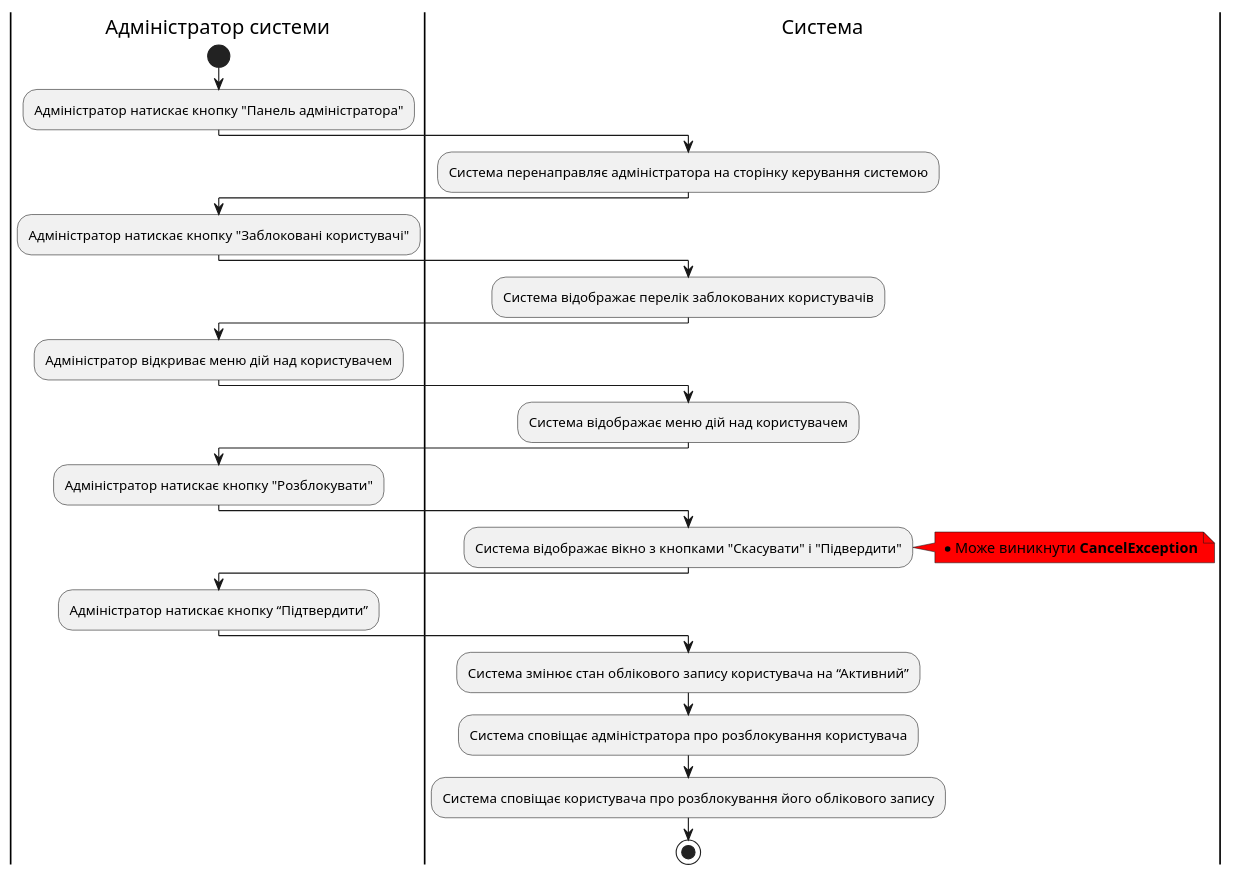
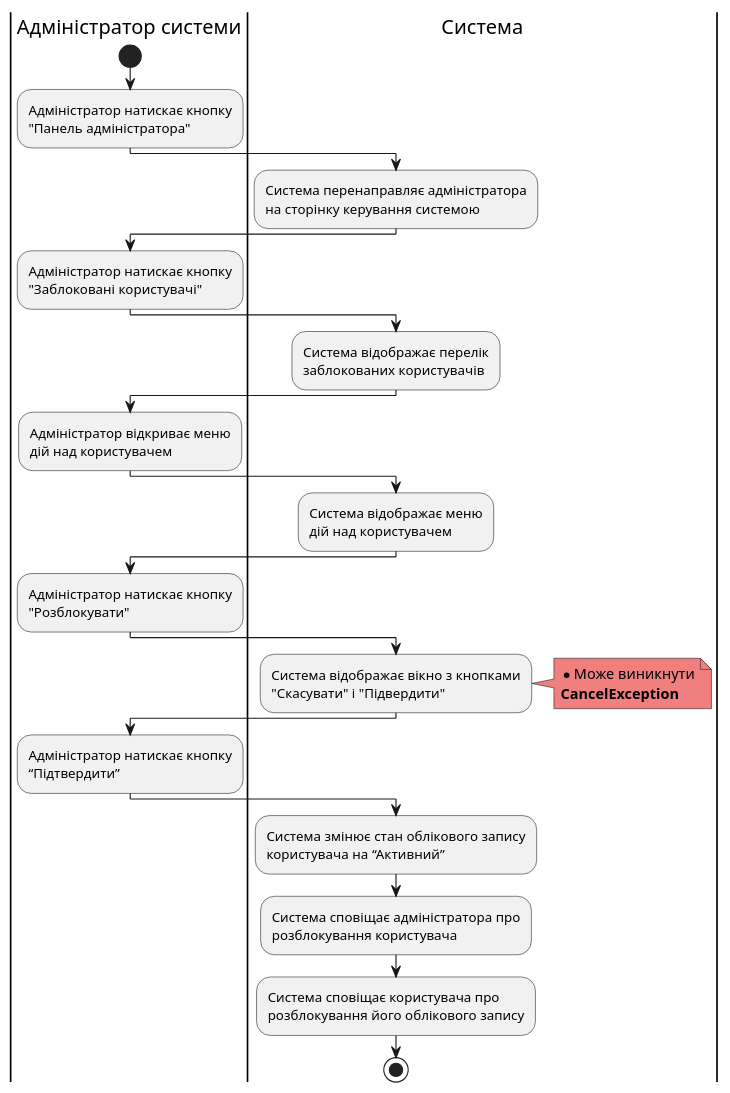
The eighth of 9 diagrams in docs/use cases/README.md (samoilenkomariia/db-coursework), drawn with PlantUML before and after one commit. The commit also changed other lines of this file, not shown here.

```diff
--- a/docs/use cases/README.md
+++ b/docs/use cases/README.md
@@ -310,31 +312,32 @@
 @startuml
     
     |Адміністратор системи|
     start
-    :Адміністратор натискає кнопку "Панель адміністратора";
+    :Адміністратор натискає кнопку\n"Панель адміністратора";
     |Система|
-    :Система перенаправляє адміністратора на сторінку керування системою;
+    :Система перенаправляє адміністратора\nна сторінку керування системою;
     |Адміністратор системи|
-    :Адміністратор натискає кнопку "Заблоковані користувачі";
+    :Адміністратор натискає кнопку\n"Заблоковані користувачі";
     |Система|
-    :Система відображає перелік заблокованих користувачів;
+    :Система відображає перелік\nзаблокованих користувачів;
     |Адміністратор системи|
-    :Адміністратор відкриває меню дій над користувачем;
+    :Адміністратор відкриває меню\nдій над користувачем;
     |Система|
-    :Система відображає меню дій над користувачем;
+    :Система відображає меню\nдій над користувачем;
     |Адміністратор системи|
-    :Адміністратор натискає кнопку "Розблокувати";
+    :Адміністратор натискає кнопку\n"Розблокувати";
     |Система|
-    :Система відображає вікно з кнопками "Скасувати" і "Підвердити";
-    note right #red
-        * Може виникнути <b>CancelException</b>
+    :Система відображає вікно з кнопками\n"Скасувати" і "Підвердити";
+    note right #lightcoral
+        * Може виникнути
+        <b>CancelException</b>
     end note
     |Адміністратор системи|
-    :Адміністратор натискає кнопку “Підтвердити”;
+    :Адміністратор натискає кнопку\n“Підтвердити”;
     |Система|
-    :Система змінює стан облікового запису користувача на “Активний”;
-    :Система сповіщає адміністратора про розблокування користувача;
-    :Система сповіщає користувача про розблокування його облікового запису;
+    :Система змінює стан облікового запису\nкористувача на “Активний”;
+    :Система сповіщає адміністратора про\nрозблокування користувача;
+    :Система сповіщає користувача про\nрозблокування його облікового запису;
     stop
 
 @enduml
```
